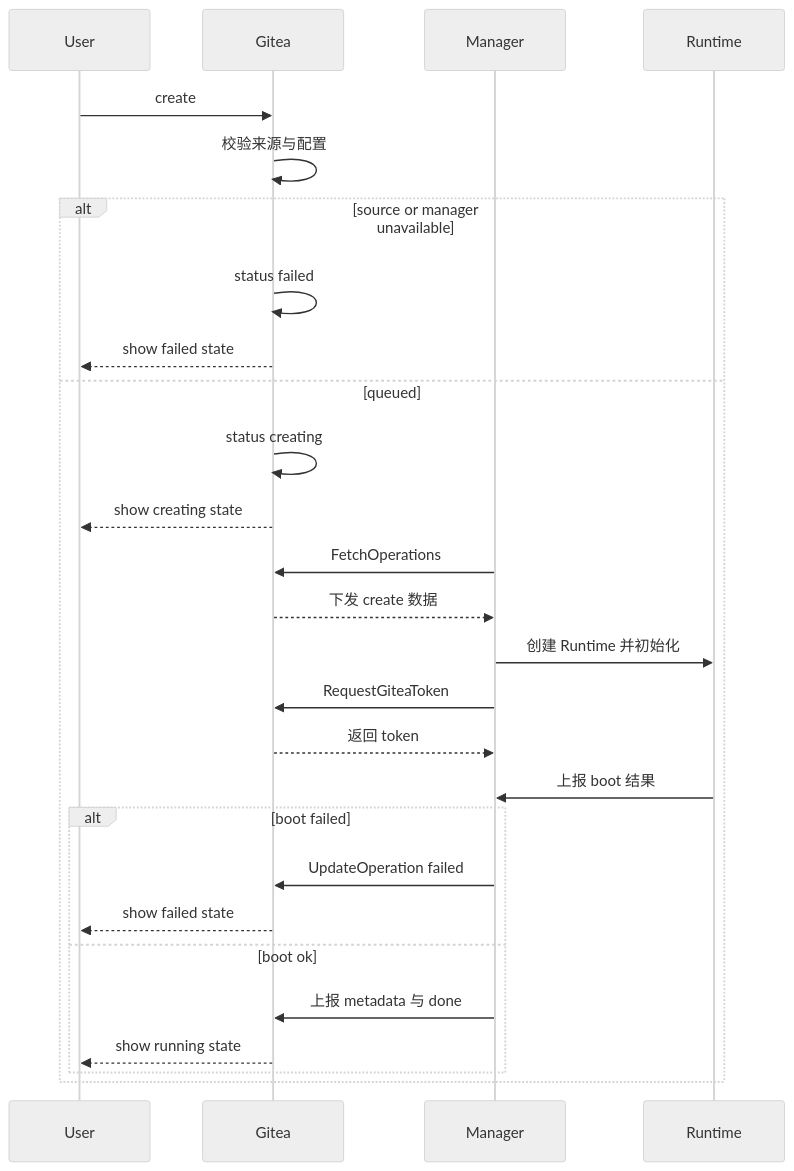
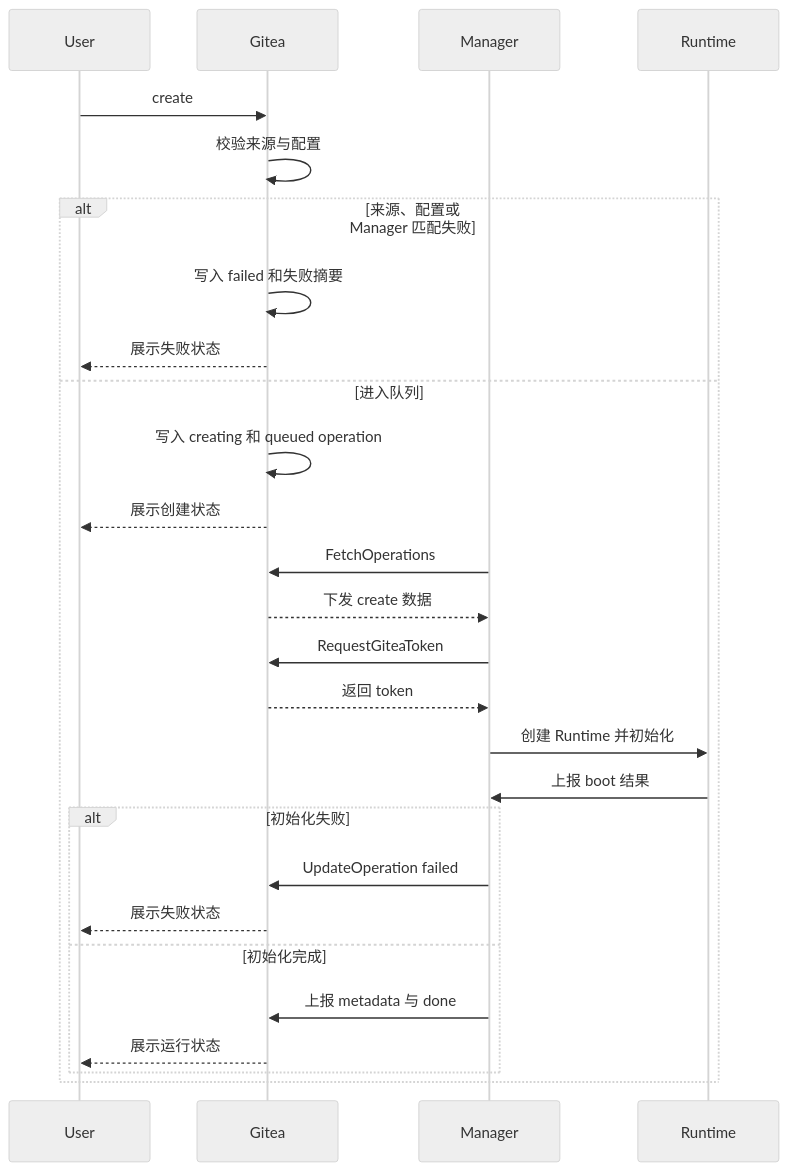
One commit to ExplodingDragon/gitea-dev changed the diagram in src/lifecycle-flows.md. Above: the diagram before and after it, drawn with Mermaid (neutral theme). The commit also changed other lines of this file and 9 other files, not shown here.

````diff
--- a/src/lifecycle-flows.md
+++ b/src/lifecycle-flows.md
@@ -104,30 +105,30 @@
 ```mermaid
 sequenceDiagram
     participant U as User
     participant G as Gitea
     participant M as Manager
     participant R as Runtime
 
     U->>G: create
     G->>G: 校验来源与配置
-    alt source or manager unavailable
-        G->>G: status failed
-        G-->>U: show failed state
-    else queued
-        G->>G: status creating
-        G-->>U: show creating state
+    alt 来源、配置或 Manager 匹配失败
+        G->>G: 写入 failed 和失败摘要
+        G-->>U: 展示失败状态
+    else 进入队列
+        G->>G: 写入 creating 和 queued operation
+        G-->>U: 展示创建状态
         M->>G: FetchOperations
         G-->>M: 下发 create 数据
-        M->>R: 创建 Runtime 并初始化
         M->>G: RequestGiteaToken
         G-->>M: 返回 token
+        M->>R: 创建 Runtime 并初始化
         R->>M: 上报 boot 结果
-        alt boot failed
+        alt 初始化失败
             M->>G: UpdateOperation failed
-            G-->>U: show failed state
-        else boot ok
+            G-->>U: 展示失败状态
+        else 初始化完成
             M->>G: 上报 metadata 与 done
-            G-->>U: show running state
+            G-->>U: 展示运行状态
         end
     end
 ```
````
